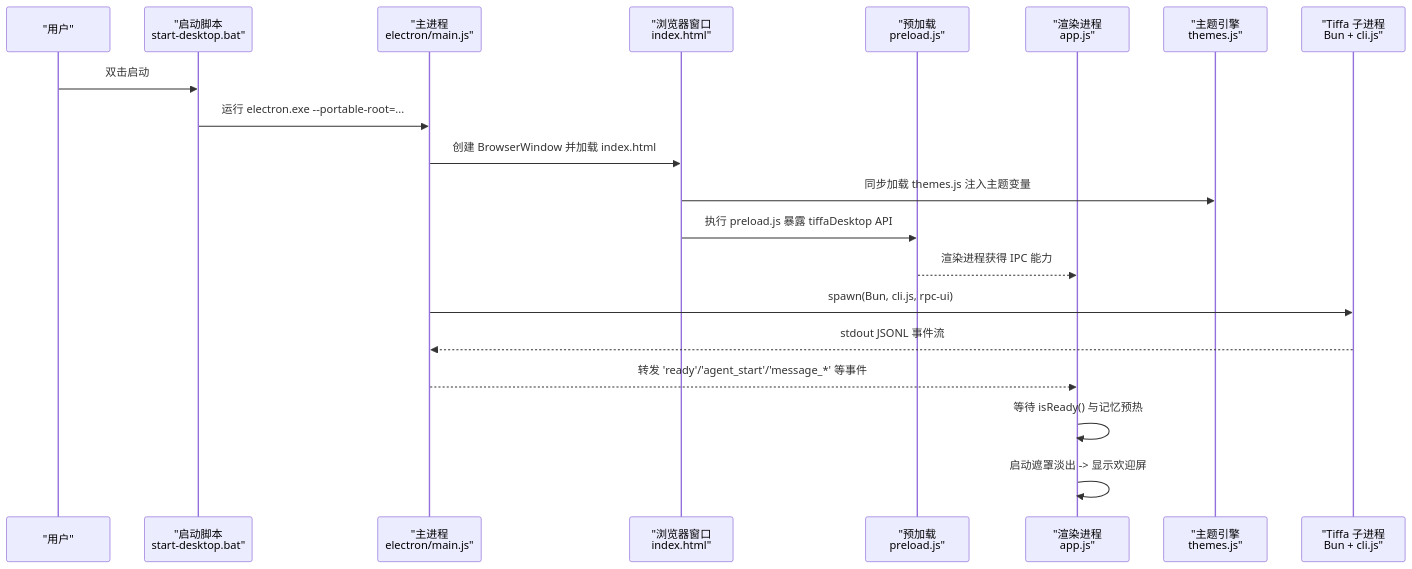
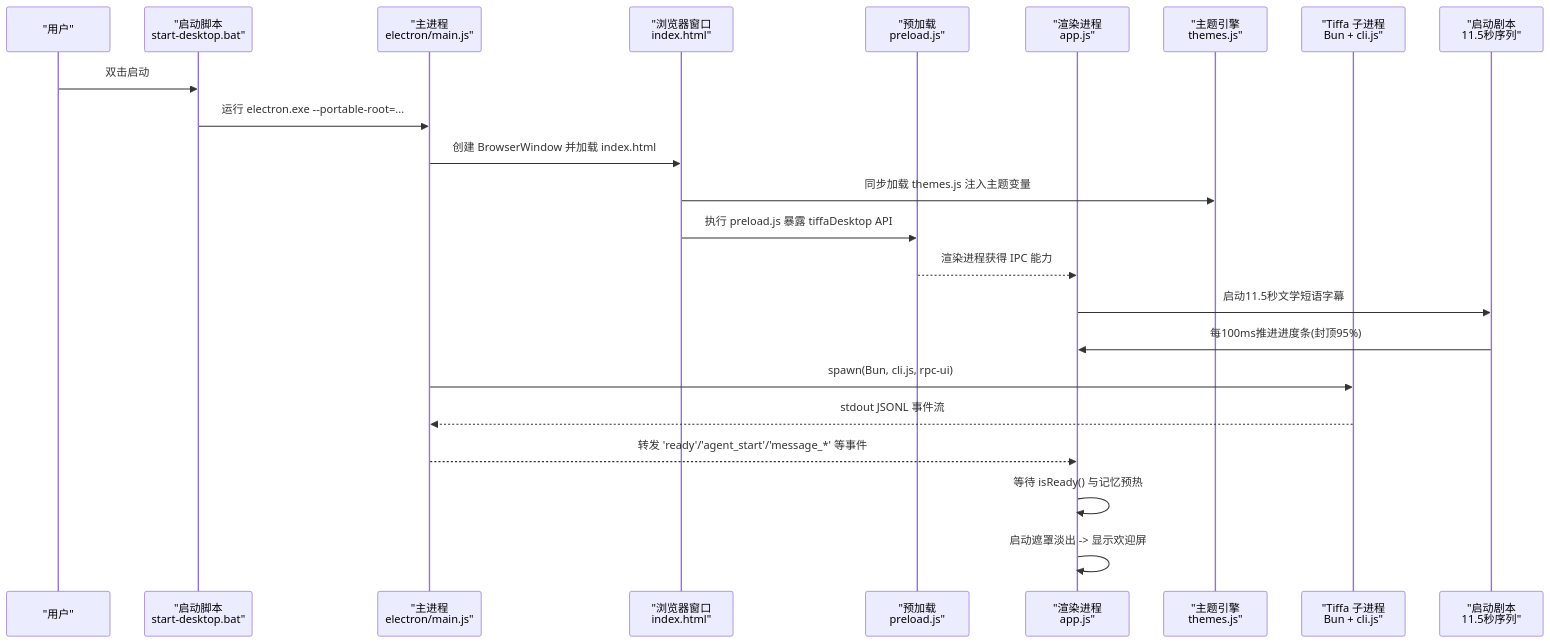
The second of 5 diagrams in .qoder/repowiki/zh/content/核心架构/启动流程与动画系统.md (swond-Mao/Tiffa), drawn with Mermaid before and after one commit. The commit also changed other lines of this file and 25 other files, not shown here.

````diff
--- a/.qoder/repowiki/zh/content/核心架构/启动流程与动画系统.md
+++ b/.qoder/repowiki/zh/content/核心架构/启动流程与动画系统.md
@@ -87,22 +81,25 @@
 ```mermaid
 sequenceDiagram
 participant U as "用户"
 participant BAT as "启动脚本<br/>start-desktop.bat"
 participant MAIN as "主进程<br/>electron/main.js"
 participant WIN as "浏览器窗口<br/>index.html"
 participant PRE as "预加载<br/>preload.js"
 participant RND as "渲染进程<br/>app.js"
 participant THEME as "主题引擎<br/>themes.js"
 participant CLI as "Tiffa 子进程<br/>Bun + cli.js"
+participant SCRIPT as "启动剧本<br/>11.5秒序列"
 U->>BAT : 双击启动
 BAT->>MAIN : 运行 electron.exe --portable-root=...
 MAIN->>WIN : 创建 BrowserWindow 并加载 index.html
 WIN->>THEME : 同步加载 themes.js 注入主题变量
 WIN->>PRE : 执行 preload.js 暴露 tiffaDesktop API
 PRE-->>RND : 渲染进程获得 IPC 能力
+RND->>SCRIPT : 启动11.5秒文学短语字幕
+SCRIPT->>RND : 每100ms推进进度条(封顶95%)
 MAIN->>CLI : spawn(Bun, cli.js, rpc-ui)
 CLI-->>MAIN : stdout JSONL 事件流
 MAIN-->>RND : 转发 'ready'/'agent_start'/'message_*' 等事件
 RND->>RND : 等待 isReady() 与记忆预热
 RND->>RND : 启动遮罩淡出 -> 显示欢迎屏
 ```
````
